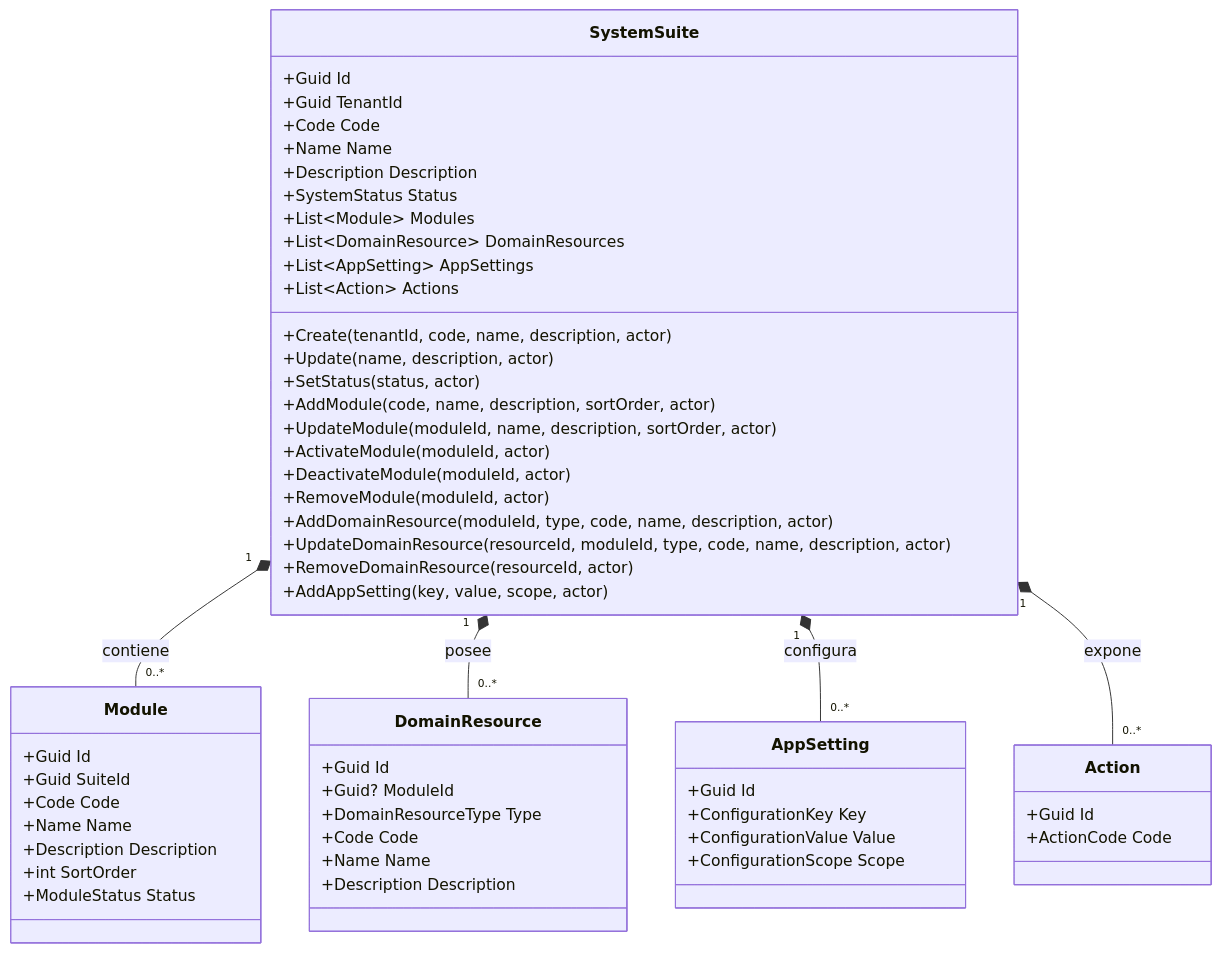
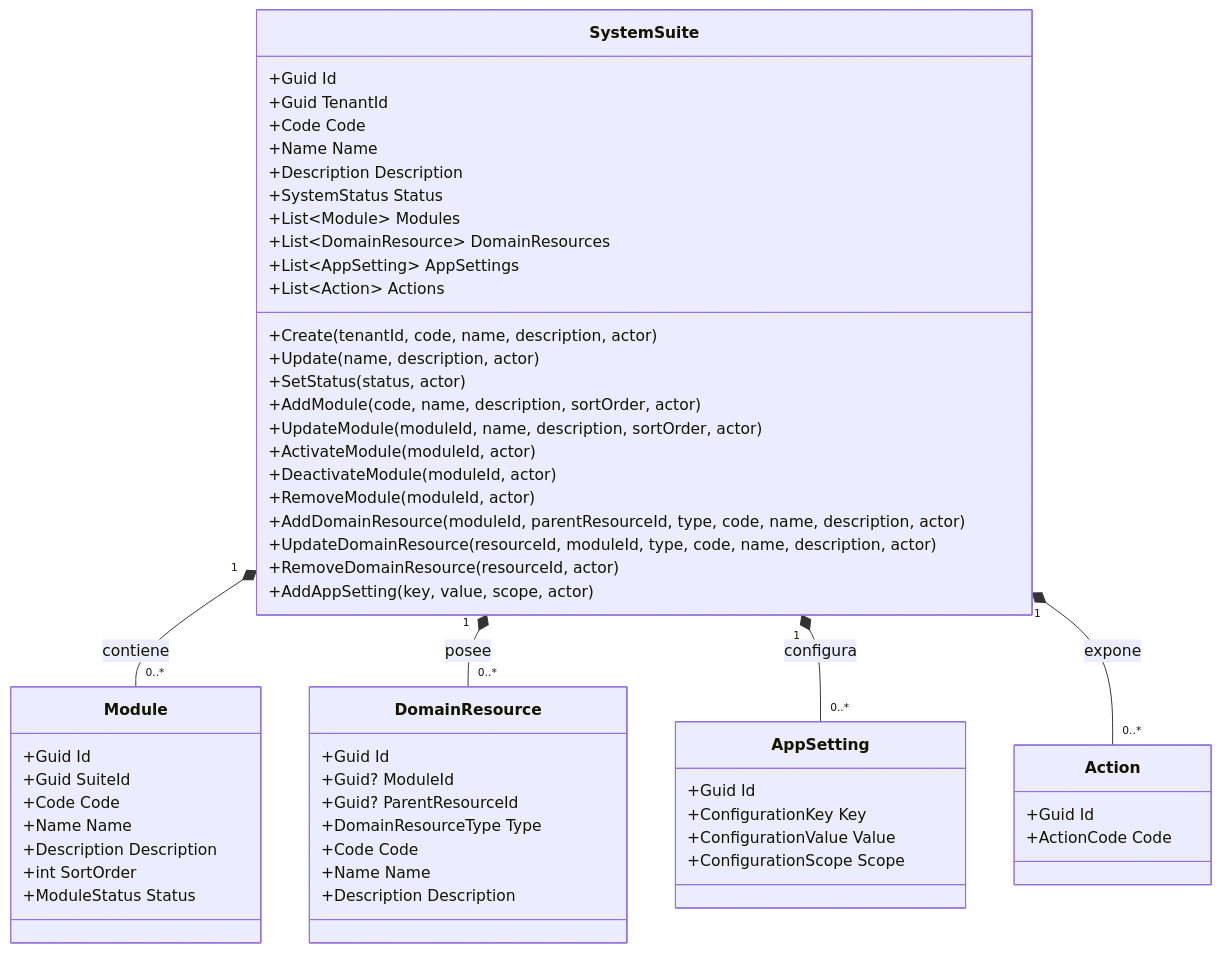
One commit to beyondnetcode/ums changed the first of 3 diagrams in docs/domain-es/authorization/system-suite.md. Above: the diagram before and after it, drawn with Mermaid. The commit also changed other lines of this file and 22 other files, not shown here.

````diff
--- a/docs/domain-es/authorization/system-suite.md
+++ b/docs/domain-es/authorization/system-suite.md
@@ -81,59 +81,60 @@
 ```mermaid
 classDiagram
     direction TB
     class SystemSuite {
         +Guid Id
         +Guid TenantId
         +Code Code
         +Name Name
         +Description Description
         +SystemStatus Status
         +List~Module~ Modules
         +List~DomainResource~ DomainResources
         +List~AppSetting~ AppSettings
         +List~Action~ Actions
         +Create(tenantId, code, name, description, actor)
         +Update(name, description, actor)
         +SetStatus(status, actor)
         +AddModule(code, name, description, sortOrder, actor)
         +UpdateModule(moduleId, name, description, sortOrder, actor)
         +ActivateModule(moduleId, actor)
         +DeactivateModule(moduleId, actor)
         +RemoveModule(moduleId, actor)
-        +AddDomainResource(moduleId, type, code, name, description, actor)
+        +AddDomainResource(moduleId, parentResourceId, type, code, name, description, actor)
         +UpdateDomainResource(resourceId, moduleId, type, code, name, description, actor)
         +RemoveDomainResource(resourceId, actor)
         +AddAppSetting(key, value, scope, actor)
     }
     class Module {
         +Guid Id
         +Guid SuiteId
         +Code Code
         +Name Name
         +Description Description
         +int SortOrder
         +ModuleStatus Status
     }
     class DomainResource {
         +Guid Id
         +Guid? ModuleId
+        +Guid? ParentResourceId
         +DomainResourceType Type
         +Code Code
         +Name Name
         +Description Description
     }
     class AppSetting {
         +Guid Id
         +ConfigurationKey Key
         +ConfigurationValue Value
         +ConfigurationScope Scope
     }
     class Action {
         +Guid Id
         +ActionCode Code
     }
     SystemSuite "1" *-- "0..*" Module : contiene
     SystemSuite "1" *-- "0..*" DomainResource : posee
     SystemSuite "1" *-- "0..*" AppSetting : configura
     SystemSuite "1" *-- "0..*" Action : expone
 ```
````
